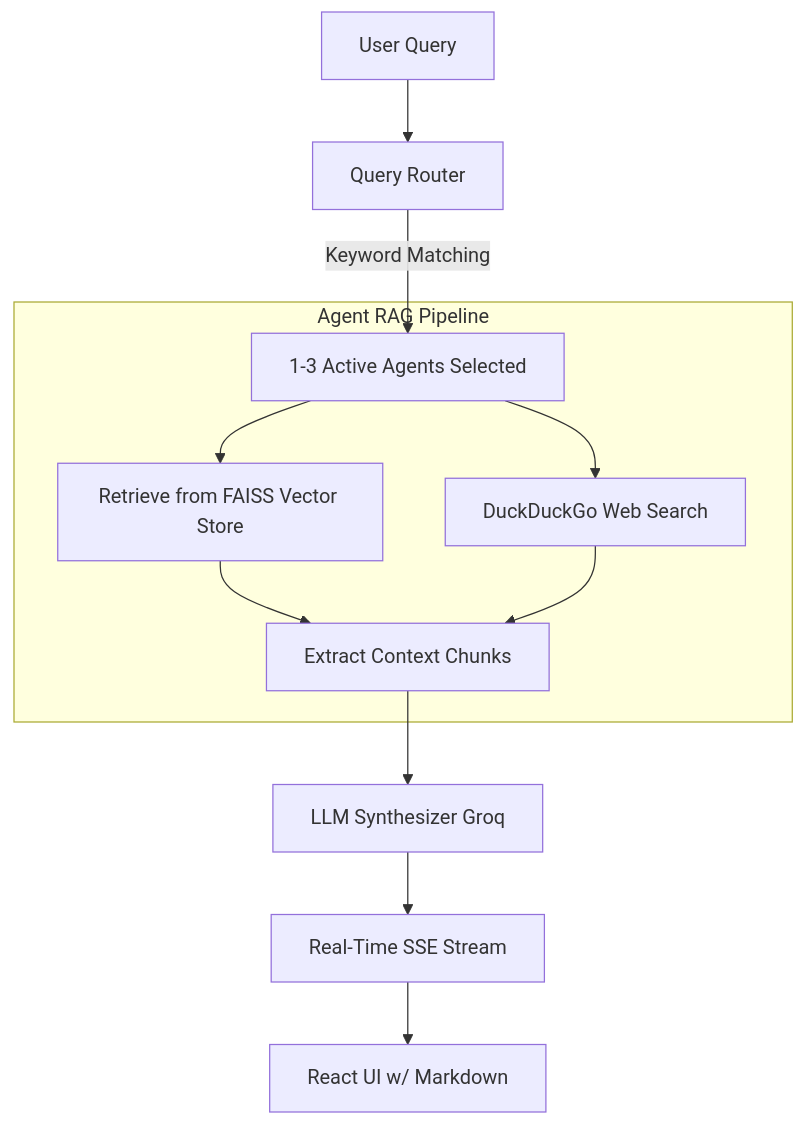
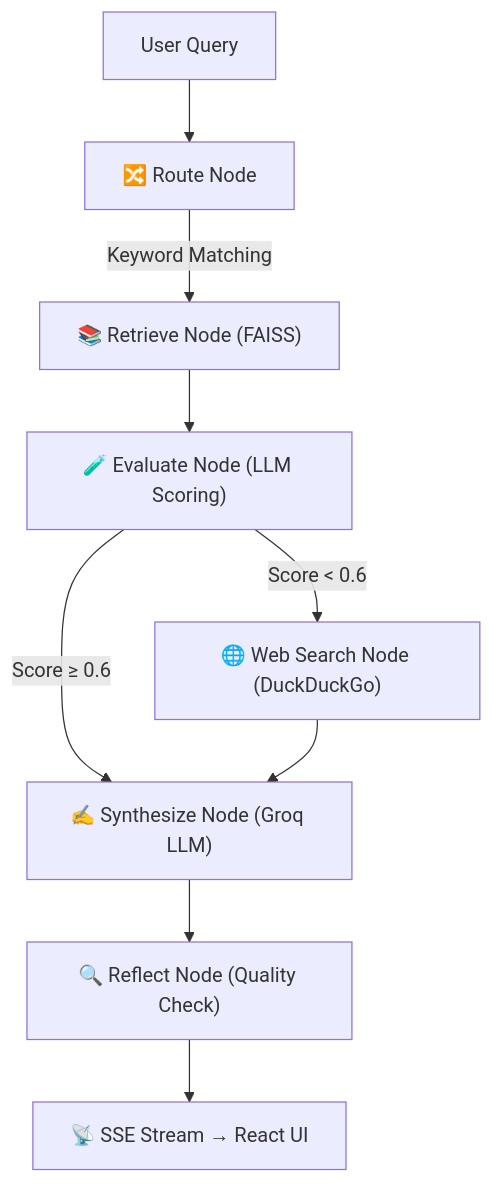
The diagram in README.md (Rishik-sai/agrimitraai), drawn with Mermaid before and after one commit. The commit also changed other lines of this file and 2 other files, not shown here.

First line of the commit message:
feat: refactor multi_rag.py to LangGraph CRAG pipeline with 6 nodes

````diff
--- a/README.md
+++ b/README.md
@@ -51,16 +51,11 @@
 ```mermaid
 graph TD
-    A[User Query] --> B[Query Router]
-    B -->|Keyword Matching| C[1-3 Active Agents Selected]
-    
-    subgraph Agent RAG Pipeline
-      C --> D[Retrieve from FAISS Vector Store]
-      C --> W[DuckDuckGo Web Search]
-      D --> E[Extract Context Chunks]
-      W --> E
-    end
-    
-    E --> F[LLM Synthesizer Groq]
-    F --> G[Real-Time SSE Stream]
-    G --> H[React UI w/ Markdown]
+    A[User Query] --> B["🔀 Route Node"]
+    B -->|Keyword Matching| C["📚 Retrieve Node (FAISS)"]
+    C --> D["🧪 Evaluate Node (LLM Scoring)"]
+    D -->|Score ≥ 0.6| F["✍️ Synthesize Node (Groq LLM)"]
+    D -->|Score < 0.6| E["🌐 Web Search Node (DuckDuckGo)"]
+    E --> F
+    F --> G["🔍 Reflect Node (Quality Check)"]
+    G --> H["📡 SSE Stream → React UI"]
 ```
````
